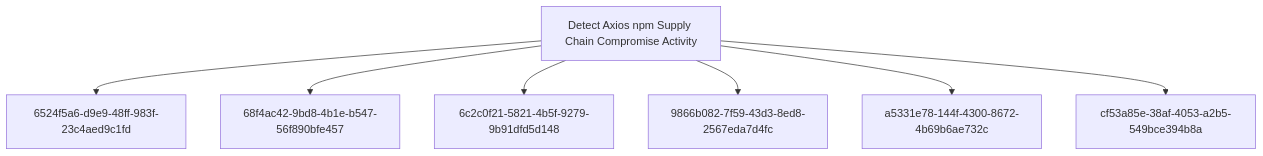
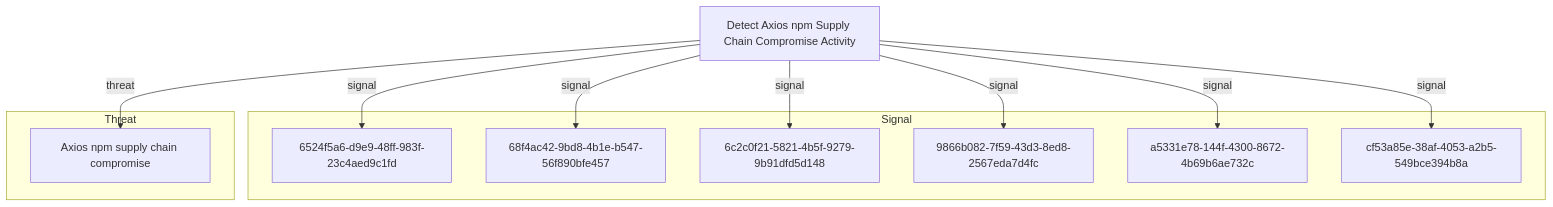
Before and after one commit to opentidehq/library: the diagram in docs/objectives/detect-axios-npm-supply-chain-compromise-activity.md, drawn with Mermaid. The commit also changed other lines of this file and 277 other files, not shown here.

````diff
--- a/docs/objectives/detect-axios-npm-supply-chain-compromise-activity.md
+++ b/docs/objectives/detect-axios-npm-supply-chain-compromise-activity.md
@@ -295,16 +504,22 @@
 ```mermaid
 flowchart TB
-f45b9b82_a3c5_4643_932b_debfd8739bd8["Detect Axios npm Supply Chain Compromise Activity"]
+subgraph "Signal"
 6524f5a6_d9e9_48ff_983f_23c4aed9c1fd["6524f5a6-d9e9-48ff-983f-23c4aed9c1fd"]
 68f4ac42_9bd8_4b1e_b547_56f890bfe457["68f4ac42-9bd8-4b1e-b547-56f890bfe457"]
 6c2c0f21_5821_4b5f_9279_9b91dfd5d148["6c2c0f21-5821-4b5f-9279-9b91dfd5d148"]
 9866b082_7f59_43d3_8ed8_2567eda7d4fc["9866b082-7f59-43d3-8ed8-2567eda7d4fc"]
 a5331e78_144f_4300_8672_4b69b6ae732c["a5331e78-144f-4300-8672-4b69b6ae732c"]
 cf53a85e_38af_4053_a2b5_549bce394b8a["cf53a85e-38af-4053-a2b5-549bce394b8a"]
-f45b9b82_a3c5_4643_932b_debfd8739bd8 --> 6524f5a6_d9e9_48ff_983f_23c4aed9c1fd
-f45b9b82_a3c5_4643_932b_debfd8739bd8 --> 68f4ac42_9bd8_4b1e_b547_56f890bfe457
-f45b9b82_a3c5_4643_932b_debfd8739bd8 --> 6c2c0f21_5821_4b5f_9279_9b91dfd5d148
-f45b9b82_a3c5_4643_932b_debfd8739bd8 --> 9866b082_7f59_43d3_8ed8_2567eda7d4fc
-f45b9b82_a3c5_4643_932b_debfd8739bd8 --> a5331e78_144f_4300_8672_4b69b6ae732c
-f45b9b82_a3c5_4643_932b_debfd8739bd8 --> cf53a85e_38af_4053_a2b5_549bce394b8a
+end
+subgraph "Threat"
+000790d9_06de_49af_893d_e4993abe6e38["Axios npm supply chain compromise"]
+end
+f45b9b82_a3c5_4643_932b_debfd8739bd8["Detect Axios npm Supply Chain Compromise Activity"]
+f45b9b82_a3c5_4643_932b_debfd8739bd8 -->|signal| 6524f5a6_d9e9_48ff_983f_23c4aed9c1fd
+f45b9b82_a3c5_4643_932b_debfd8739bd8 -->|signal| 68f4ac42_9bd8_4b1e_b547_56f890bfe457
+f45b9b82_a3c5_4643_932b_debfd8739bd8 -->|signal| 6c2c0f21_5821_4b5f_9279_9b91dfd5d148
+f45b9b82_a3c5_4643_932b_debfd8739bd8 -->|signal| 9866b082_7f59_43d3_8ed8_2567eda7d4fc
+f45b9b82_a3c5_4643_932b_debfd8739bd8 -->|signal| a5331e78_144f_4300_8672_4b69b6ae732c
+f45b9b82_a3c5_4643_932b_debfd8739bd8 -->|signal| cf53a85e_38af_4053_a2b5_549bce394b8a
+f45b9b82_a3c5_4643_932b_debfd8739bd8 -->|threat| 000790d9_06de_49af_893d_e4993abe6e38
 ```
````
